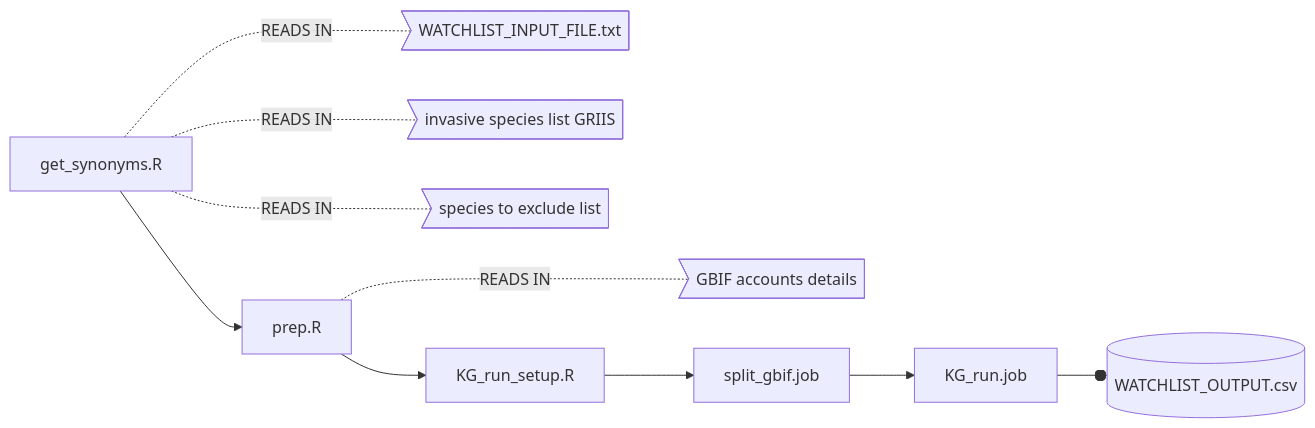
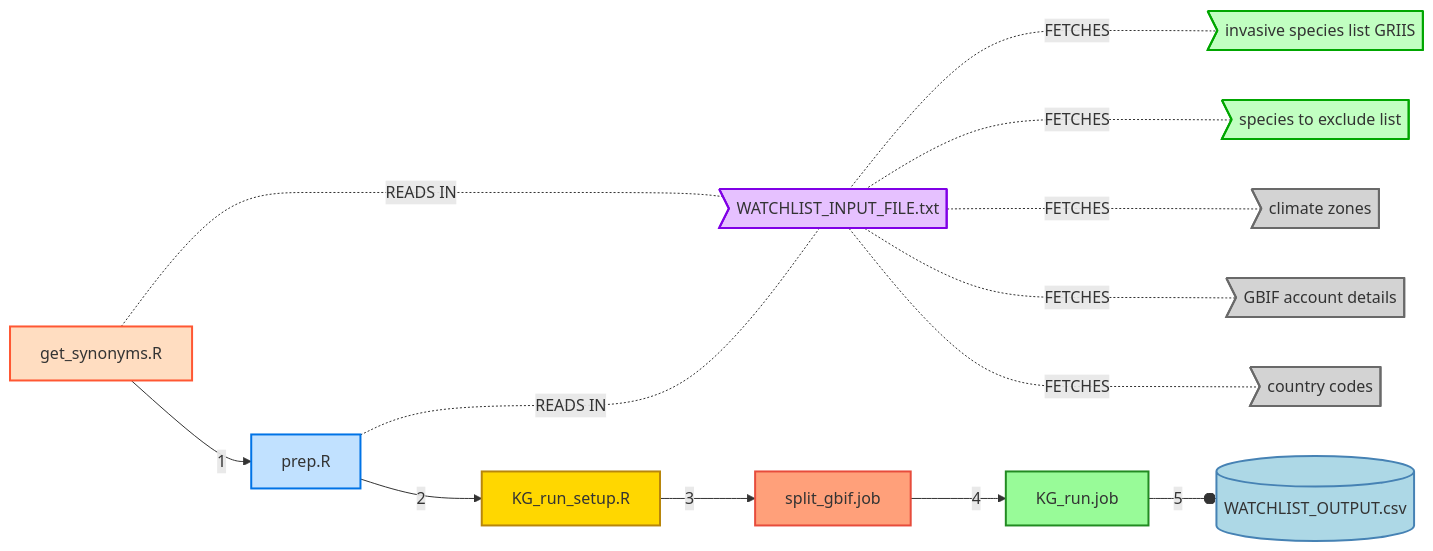
Before and after one commit to clarkevansteenderen/KG_watchlist_parallel: the diagram in README.md, drawn with Mermaid.

````diff
--- a/README.md
+++ b/README.md
@@ -44,10 +44,26 @@
 ```mermaid
   graph LR;
-      A[get_synonyms.R] --> B[prep.R]
-      A -..- |READS IN| C>WATCHLIST_INPUT_FILE.txt] & D>invasive species list GRIIS] & E>species to exclude list] 
-      B -..- |READS IN| F>GBIF accounts details]
-      B --> G[KG_run_setup.R]
-      G --> H[split_gbif.job]
-      H --> I[KG_run.job]
-      I--o J[(WATCHLIST_OUTPUT.csv)]
+      A[get_synonyms.R] --> |1| B[prep.R]
+      A -..- |READS IN| C>WATCHLIST_INPUT_FILE.txt]
+      C -..- |FETCHES| D>invasive species list GRIIS] & E>species to exclude list]
+      B -..- |READS IN| C>WATCHLIST_INPUT_FILE.txt]
+      C -..- |FETCHES| K>climate zones] & L>GBIF account details] & M>country codes]
+      B --> |2| G[KG_run_setup.R]
+      G --> |3| H[split_gbif.job]
+      H --> |4| I[KG_run.job]
+      I--o |5| J[(WATCHLIST_OUTPUT.csv)]
+
+%% Custom styling
+    style A fill:#FFDDC1,stroke:#FF5733,stroke-width:2px
+    style B fill:#C1E1FF,stroke:#0073E6,stroke-width:2px
+    style C fill:#E6C1FF,stroke:#8000E6,stroke-width:2px
+    style D fill:#C1FFC1,stroke:#00A600,stroke-width:2px
+    style E fill:#C1FFC1,stroke:#00A600,stroke-width:2px
+    style G fill:#FFD700,stroke:#B8860B,stroke-width:2px
+    style H fill:#FFA07A,stroke:#E74C3C,stroke-width:2px
+    style I fill:#98FB98,stroke:#228B22,stroke-width:2px
+    style J fill:#ADD8E6,stroke:#4682B4,stroke-width:2px
+    style K fill:#D3D3D3,stroke:#696969,stroke-width:2px
+    style L fill:#D3D3D3,stroke:#696969,stroke-width:2px
+    style M fill:#D3D3D3,stroke:#696969,stroke-width:2px
 ```
````
